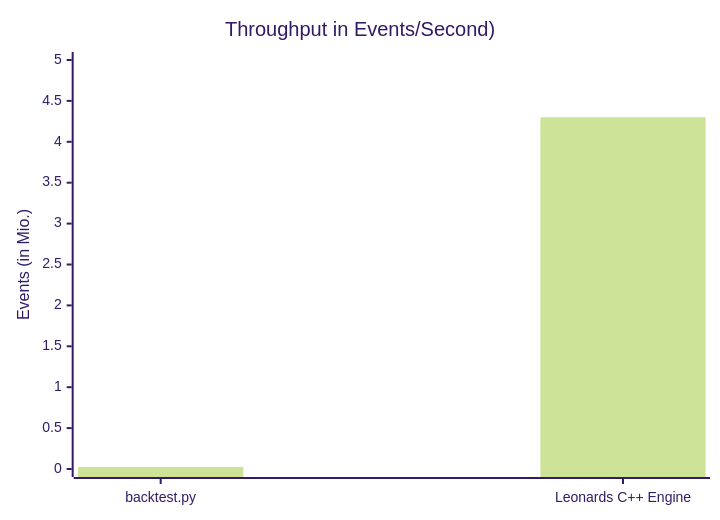
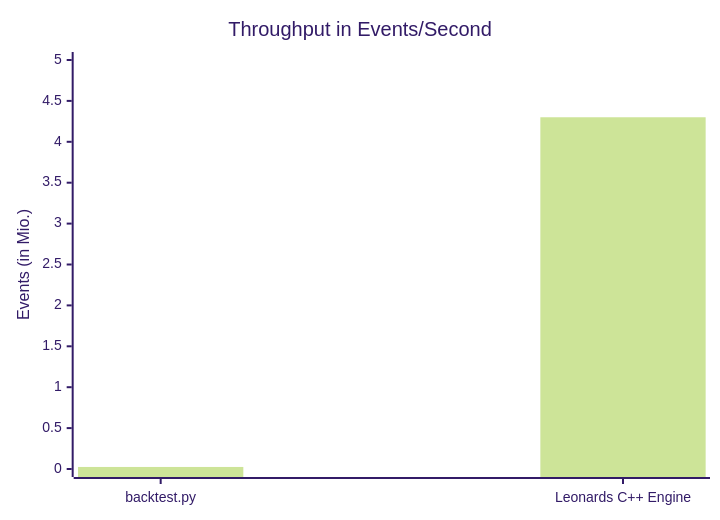
The first of 2 diagrams in README.md (LeonardFoerster/truetest-core), drawn with Mermaid (forest theme) before and after one commit.

Commit message:
Fix typo in benchmark chart title

````diff
--- a/README.md
+++ b/README.md
@@ -13,7 +13,7 @@
 ```mermaid
 xychart-beta
-    title "Throughput in Events/Second)"
+    title "Throughput in Events/Second"
     x-axis ["backtest.py", "Leonards C++ Engine"]
     y-axis "Events (in Mio.)" 0 --> 5
     bar [0.025, 4.3]
 ```
````
